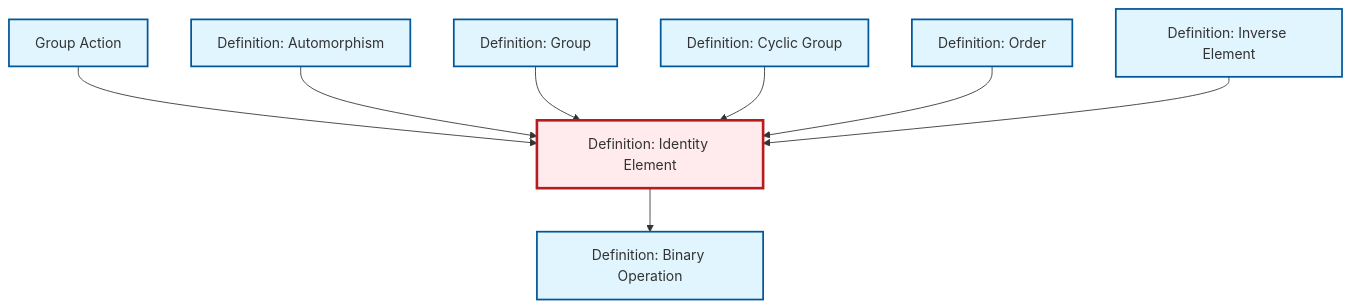
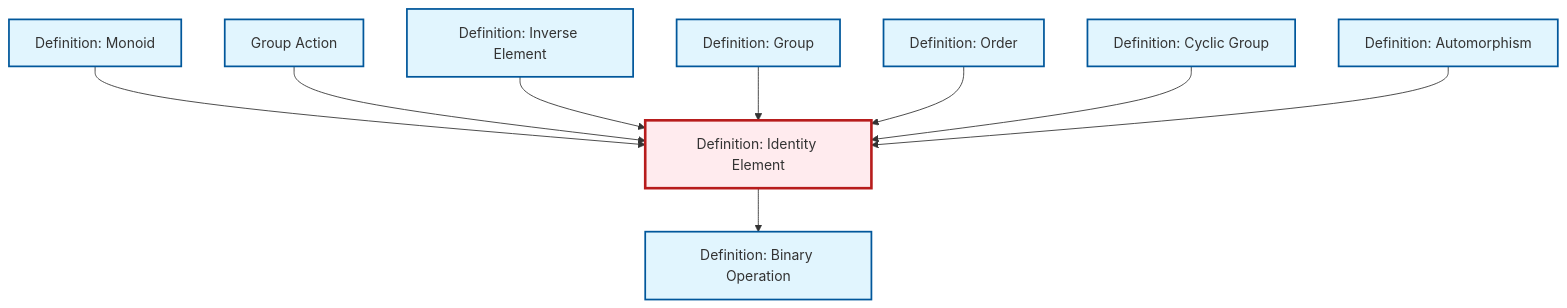
The diagram in content/ja/algebra/def-identity-element.qmd (RK0429/ModernMath), drawn with Mermaid before and after one commit. The commit also changed 619 other files, not shown here.

````diff
--- a/content/ja/algebra/def-identity-element.qmd
+++ b/content/ja/algebra/def-identity-element.qmd
@@ -81,32 +81,35 @@
 ```{mermaid}
 %%| fig-cap: "Local dependency graph"
 graph TD
     classDef definition fill:#e1f5fe,stroke:#01579b,stroke-width:2px
     classDef theorem fill:#f3e5f5,stroke:#4a148c,stroke-width:2px
     classDef axiom fill:#fff3e0,stroke:#e65100,stroke-width:2px
     classDef example fill:#e8f5e9,stroke:#1b5e20,stroke-width:2px
     classDef current fill:#ffebee,stroke:#b71c1c,stroke-width:3px
+    def-binary-operation["Definition: Binary Operation"]:::definition
+    def-group["Definition: Group"]:::definition
+    def-cyclic-group["Definition: Cyclic Group"]:::definition
+    def-automorphism["Definition: Automorphism"]:::definition
+    def-group-action["Group Action"]:::definition
+    def-inverse-element["Definition: Inverse Element"]:::definition
+    def-monoid["Definition: Monoid"]:::definition
+    def-order["Definition: Order"]:::definition
     def-identity-element["Definition: Identity Element"]:::definition
-    def-order["Definition: Order"]:::definition
-    def-group-action["Group Action"]:::definition
-    def-cyclic-group["Definition: Cyclic Group"]:::definition
-    def-inverse-element["Definition: Inverse Element"]:::definition
-    def-automorphism["Definition: Automorphism"]:::definition
-    def-group["Definition: Group"]:::definition
-    def-binary-operation["Definition: Binary Operation"]:::definition
+    def-monoid --> def-identity-element
+    def-identity-element --> def-binary-operation
     def-group-action --> def-identity-element
+    def-inverse-element --> def-identity-element
+    def-group --> def-identity-element
+    def-order --> def-identity-element
+    def-cyclic-group --> def-identity-element
     def-automorphism --> def-identity-element
-    def-group --> def-identity-element
-    def-identity-element --> def-binary-operation
-    def-cyclic-group --> def-identity-element
-    def-order --> def-identity-element
-    def-inverse-element --> def-identity-element
     class def-identity-element current
+    click def-binary-operation "def-binary-operation.html" "Definition: Binary Operationへ"
+    click def-group "def-group.html" "Definition: Groupへ"
+    click def-cyclic-group "def-cyclic-group.html" "Definition: Cyclic Groupへ"
+    click def-automorphism "def-automorphism.html" "Definition: Automorphismへ"
+    click def-group-action "def-group-action.html" "Group Actionへ"
+    click def-inverse-element "def-inverse-element.html" "Definition: Inverse Elementへ"
+    click def-monoid "def-monoid.html" "Definition: Monoidへ"
     click def-order "def-order.html" "Definition: Orderへ"
-    click def-group-action "def-group-action.html" "Group Actionへ"
-    click def-cyclic-group "def-cyclic-group.html" "Definition: Cyclic Groupへ"
-    click def-inverse-element "def-inverse-element.html" "Definition: Inverse Elementへ"
-    click def-automorphism "def-automorphism.html" "Definition: Automorphismへ"
-    click def-group "def-group.html" "Definition: Groupへ"
-    click def-binary-operation "def-binary-operation.html" "Definition: Binary Operationへ"
 ```
````
